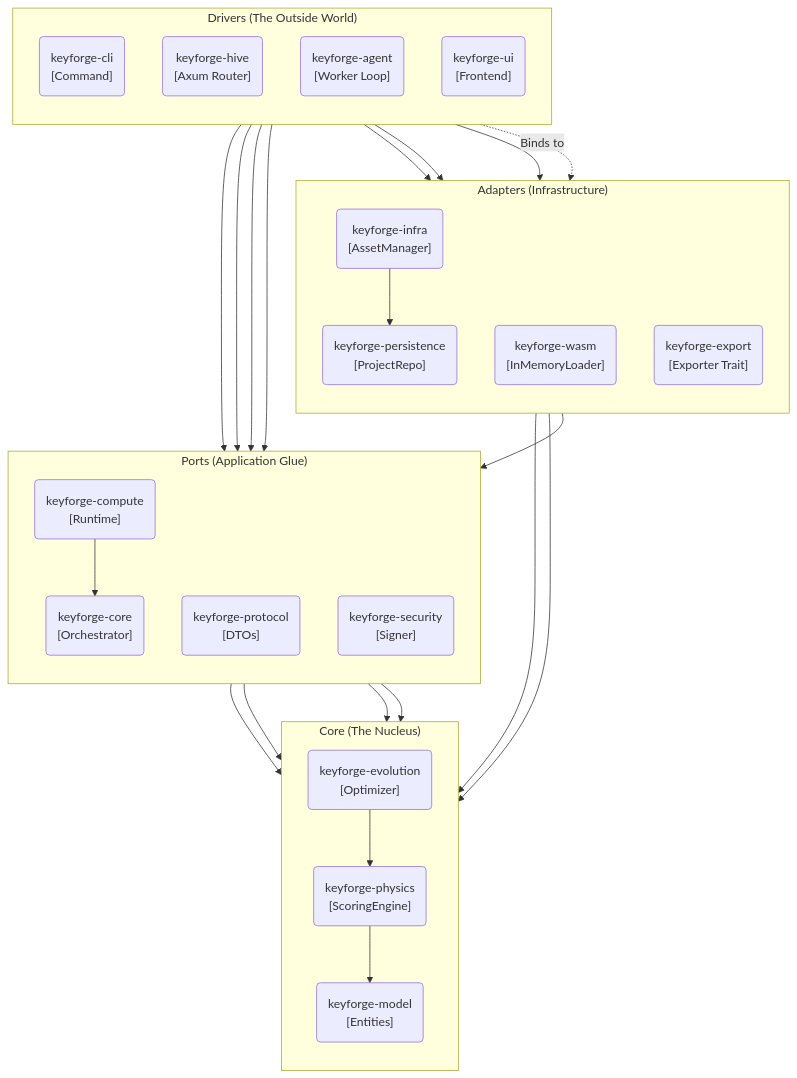
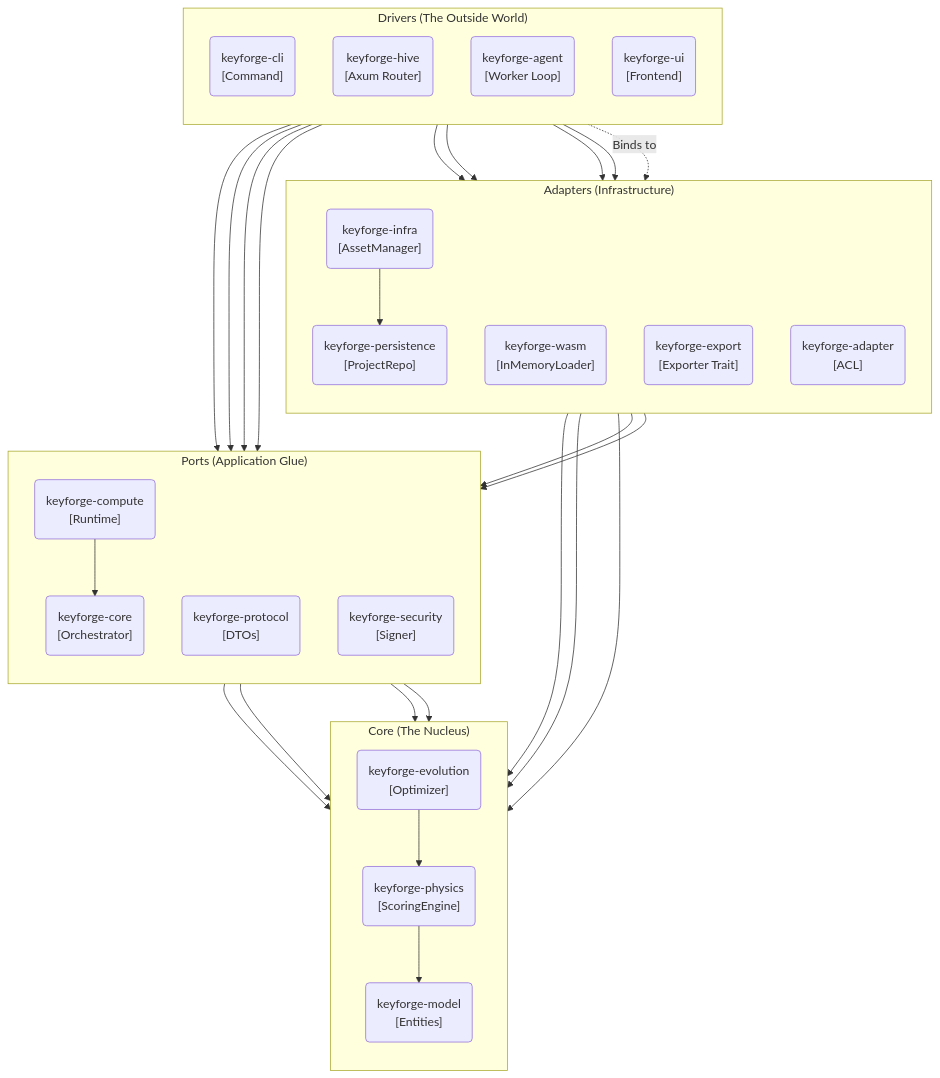
One commit to infodungeon/keyforge changed the diagram in docs/design/ARCHITECTURE_MAP.md. Above: the diagram before and after it, drawn with Mermaid. The commit also changed other lines of this file and 70 other files, not shown here.

```diff
--- a/docs/design/ARCHITECTURE_MAP.md
+++ b/docs/design/ARCHITECTURE_MAP.md
@@ -21,6 +21,7 @@
         Persist("keyforge-persistence<br/>[ProjectRepo]")
         Wasm("keyforge-wasm<br/>[InMemoryLoader]")
         Export("keyforge-export<br/>[Exporter Trait]")
+        Adapt("keyforge-adapter<br/>[ACL]")
     end
 
     %% --- PORTS (Application Layer) ---
@@ -47,6 +48,7 @@
     CLI --> Infra
     Hive --> Infra
     Hive --> Proto
+    Hive --> Adapt
     Agent --> Infra
     Agent --> Proto
     Agent --> Sec
@@ -55,6 +57,8 @@
     %% Adapters use Ports & Domain
     Infra --> Persist
     Wasm --> Core
+    Adapt --> Proto
+    Adapt --> Model
     Persist --> Model
     Export --> Model
 
@@ -80,6 +84,7 @@
     click Persist href "./keyforge-persistence/README.md" "Open Persistence Design"
     click Wasm href "./keyforge-wasm/README.md" "Open WASM Design"
     click Export href "./keyforge-export/README.md" "Open Export Design"
+    click Adapt href "./keyforge-adapter/README.md" "Open Adapter Design"
 
     %% Ports
     click Compute href "./keyforge-compute/README.md" "Open Compute Design"
```
